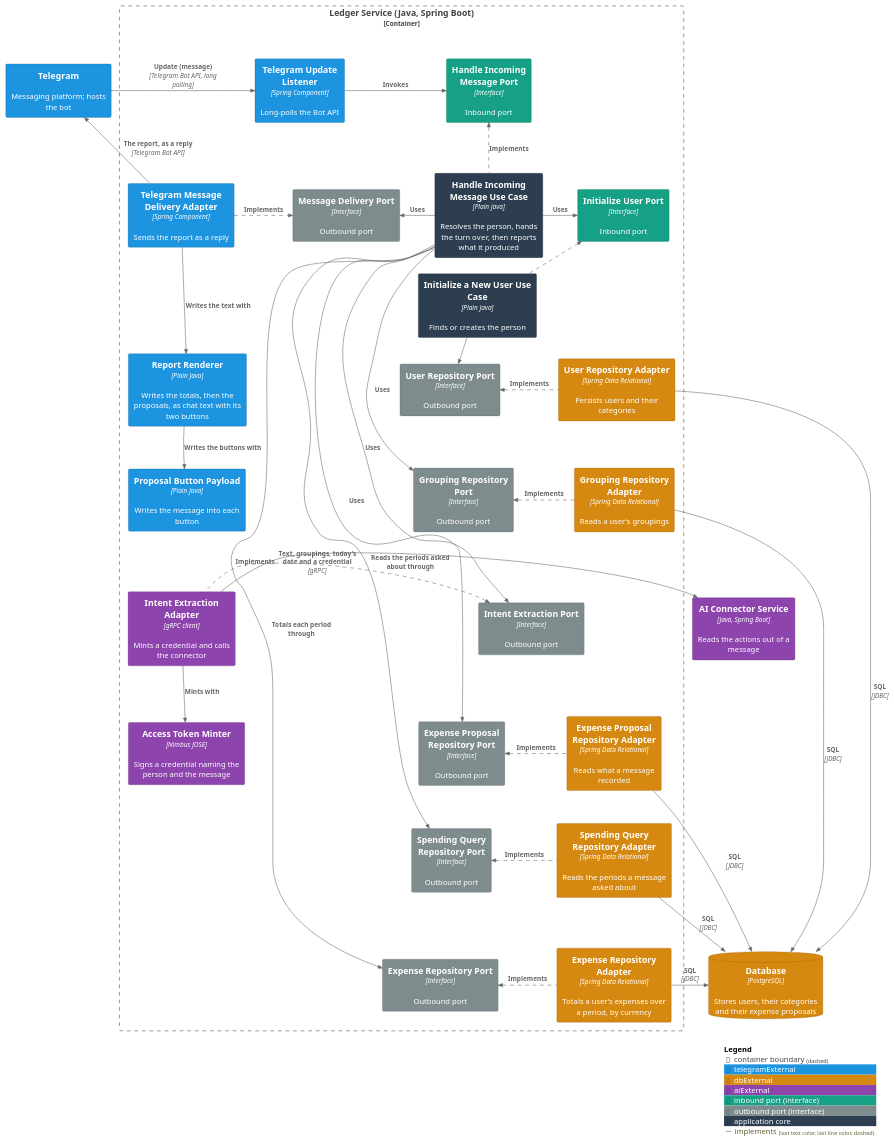
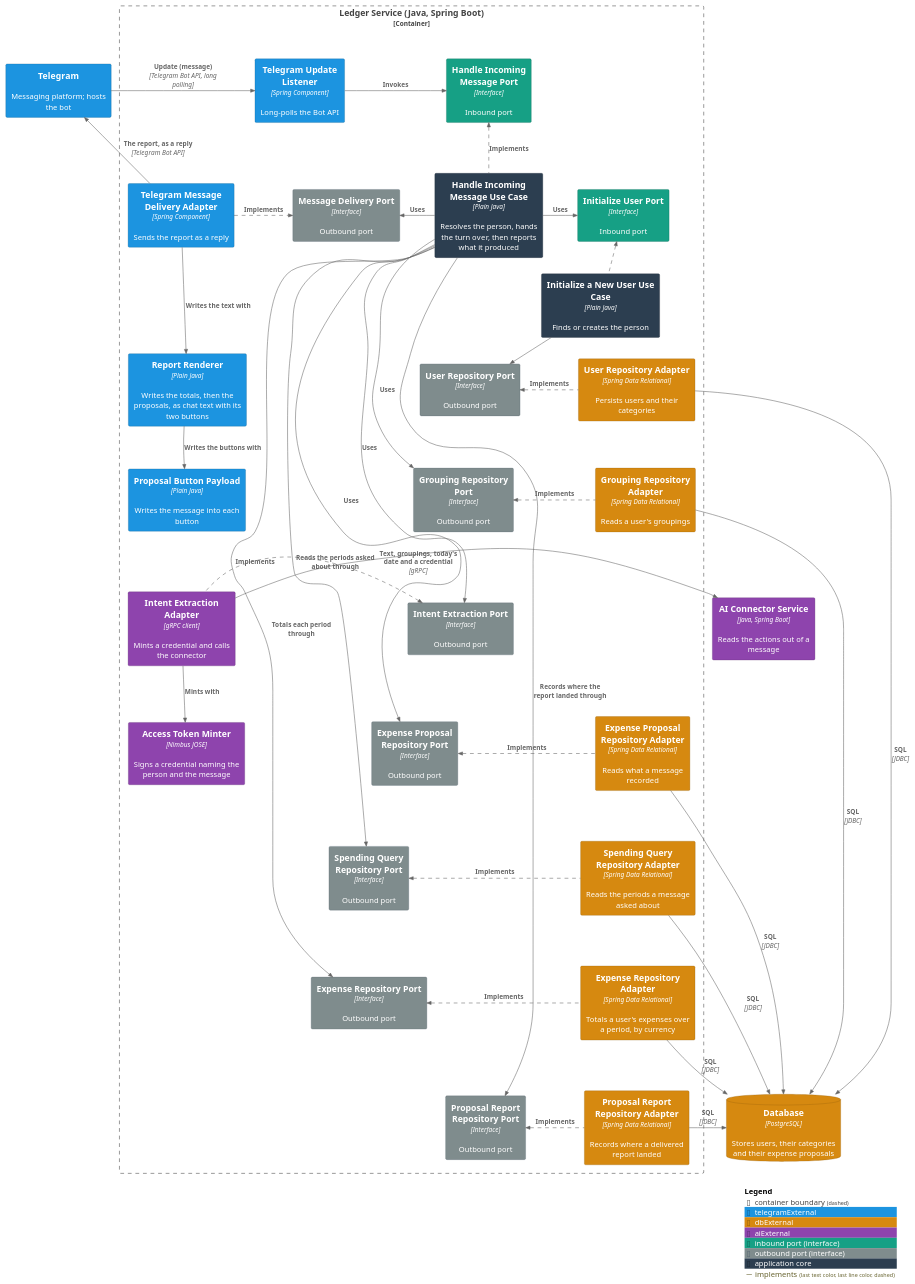
One commit to ds-usova/finance-bot changed the first of 2 diagrams in ledger-service/docs/usecases/handle-incoming-message.md. Above: the diagram before and after it, drawn with PlantUML. The commit also changed other lines of this file and 24 other files, not shown here.

```diff
--- a/ledger-service/docs/usecases/handle-incoming-message.md
+++ b/ledger-service/docs/usecases/handle-incoming-message.md
@@ -134,11 +140,13 @@
   Component(spendingQueryRepositoryPort, "Spending Query Repository Port", "Interface", "Outbound port", $tags="portOut")
   Component(expenseRepositoryPort, "Expense Repository Port", "Interface", "Outbound port", $tags="portOut")
   Component(messageDeliveryPort, "Message Delivery Port", "Interface", "Outbound port", $tags="portOut")
+  Component(reportRepositoryPort, "Proposal Report Repository Port", "Interface", "Outbound port", $tags="portOut")
   Component(userRepositoryAdapter, "User Repository Adapter", "Spring Data Relational", "Persists users and their categories", $tags="dbExternal")
   Component(groupingRepositoryAdapter, "Grouping Repository Adapter", "Spring Data Relational", "Reads a user's groupings", $tags="dbExternal")
   Component(proposalRepositoryAdapter, "Expense Proposal Repository Adapter", "Spring Data Relational", "Reads what a message recorded", $tags="dbExternal")
   Component(spendingQueryRepositoryAdapter, "Spending Query Repository Adapter", "Spring Data Relational", "Reads the periods a message asked about", $tags="dbExternal")
   Component(expenseRepositoryAdapter, "Expense Repository Adapter", "Spring Data Relational", "Totals a user's expenses over a period, by currency", $tags="dbExternal")
+  Component(reportRepositoryAdapter, "Proposal Report Repository Adapter", "Spring Data Relational", "Records where a delivered report landed", $tags="dbExternal")
   Component(intentExtractionAdapter, "Intent Extraction Adapter", "gRPC client", "Mints a credential and calls the connector", $tags="aiExternal")
   Component(tokenMinter, "Access Token Minter", "Nimbus JOSE", "Signs a credential naming the person and the message", $tags="aiExternal")
   Component(deliveryAdapter, "Telegram Message Delivery Adapter", "Spring Component", "Sends the report as a reply", $tags="telegramExternal")
@@ -161,11 +169,13 @@
 Rel_R(handleMessageService, spendingQueryRepositoryPort, "Reads the periods asked about through")
 Rel_R(handleMessageService, expenseRepositoryPort, "Totals each period through")
 Rel_L(handleMessageService, messageDeliveryPort, "Uses")
+Rel_R(handleMessageService, reportRepositoryPort, "Records where the report landed through")
 Rel_L(userRepositoryAdapter, userRepositoryPort, "Implements", $tags="implements")
 Rel_L(groupingRepositoryAdapter, groupingRepositoryPort, "Implements", $tags="implements")
 Rel_L(proposalRepositoryAdapter, proposalRepositoryPort, "Implements", $tags="implements")
 Rel_L(spendingQueryRepositoryAdapter, spendingQueryRepositoryPort, "Implements", $tags="implements")
 Rel_L(expenseRepositoryAdapter, expenseRepositoryPort, "Implements", $tags="implements")
+Rel_L(reportRepositoryAdapter, reportRepositoryPort, "Implements", $tags="implements")
 Rel_L(intentExtractionAdapter, intentExtractionPort, "Implements", $tags="implements")
 Rel_R(deliveryAdapter, messageDeliveryPort, "Implements", $tags="implements")
 Rel_D(intentExtractionAdapter, tokenMinter, "Mints with")
@@ -176,6 +186,7 @@
 Rel_R(proposalRepositoryAdapter, db, "SQL", "JDBC")
 Rel_R(spendingQueryRepositoryAdapter, db, "SQL", "JDBC")
 Rel_R(expenseRepositoryAdapter, db, "SQL", "JDBC")
+Rel_R(reportRepositoryAdapter, db, "SQL", "JDBC")
 Rel_R(intentExtractionAdapter, connector, "Text, groupings, today's date and a credential", "gRPC")
 Rel_U(deliveryAdapter, telegram, "The report, as a reply", "Telegram Bot API")
 
@@ -186,8 +197,10 @@
 Lay_D(intentExtractionPort, proposalRepositoryPort)
 Lay_D(proposalRepositoryPort, spendingQueryRepositoryPort)
 Lay_D(spendingQueryRepositoryPort, expenseRepositoryPort)
+Lay_D(expenseRepositoryPort, reportRepositoryPort)
 Lay_D(proposalRepositoryAdapter, spendingQueryRepositoryAdapter)
 Lay_D(spendingQueryRepositoryAdapter, expenseRepositoryAdapter)
+Lay_D(expenseRepositoryAdapter, reportRepositoryAdapter)
 
 SHOW_LEGEND()
 @enduml
```
